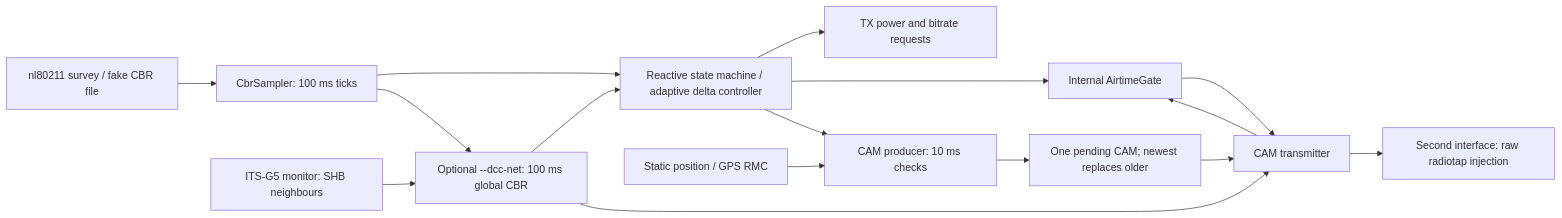
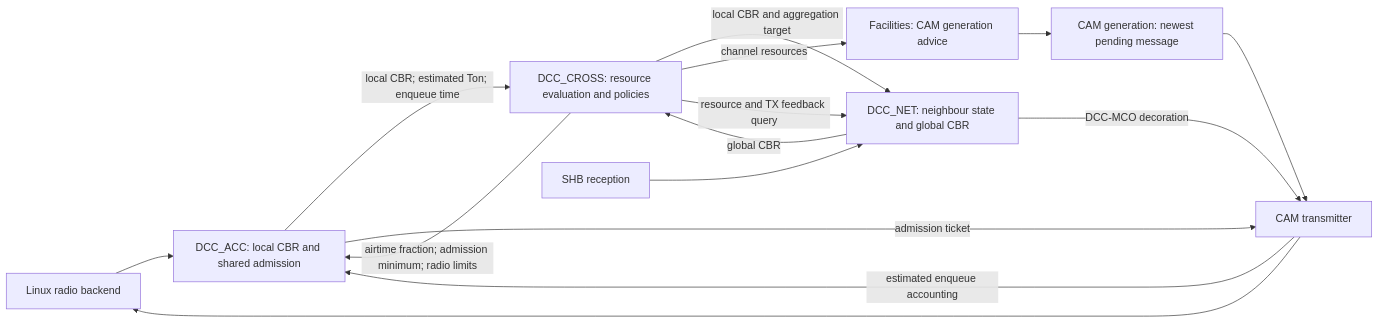
Before and after one commit to netlab-dief/DCC: the diagram in docs/architecture.md, drawn with Mermaid. The commit also changed other lines of this file and 26 other files, not shown here.

Commit message:
architettura ACC / NET / CROSS

````diff
--- a/docs/architecture.md
+++ b/docs/architecture.md
@@ -9,18 +10,17 @@
 ```mermaid
 flowchart LR
-    Survey["nl80211 survey / fake CBR file"] --> Sampler["CbrSampler: 100 ms ticks"]
-    Sampler --> Controller["Reactive state machine / adaptive delta controller"]
-    Sampler --> NET["Optional --dcc-net: 100 ms global CBR"]
-    RX["ITS-G5 monitor: SHB neighbours"] --> NET
-    NET --> Controller
-    NET --> TX
-    Controller --> RadioSettings["TX power and bitrate requests"]
-    Controller --> Gate["Internal AirtimeGate"]
-    Controller --> Generation["CAM producer: 10 ms checks"]
-    Source["Static position / GPS RMC"] --> Generation
-    Generation --> Latest["One pending CAM; newest replaces older"]
-    Latest --> TX["CAM transmitter"]
-    Gate --> TX
-    TX --> Radio["Second interface: raw radiotap injection"]
-    TX --> Gate
+    Radio["Linux radio backend"] --> ACC["DCC_ACC: local CBR and shared admission"]
+    ACC -->|"local CBR; estimated Ton; enqueue time"| CROSS["DCC_CROSS: resource evaluation and policies"]
+    CROSS -->|"airtime fraction; admission minimum; radio limits"| ACC
+    CROSS -->|"local CBR and aggregation target"| NET["DCC_NET: neighbour state and global CBR"]
+    RX["SHB reception"] --> NET
+    NET -->|"global CBR"| CROSS
+    CROSS -->|"channel resources"| FAC["Facilities: CAM generation advice"]
+    CROSS -->|"resource and TX feedback query"| NET
+    FAC --> CAM["CAM generation: newest pending message"]
+    CAM --> TX["CAM transmitter"]
+    ACC -->|"admission ticket"| TX
+    TX -->|"estimated enqueue accounting"| ACC
+    NET -->|"DCC-MCO decoration"| TX
+    TX --> Radio
 ```
````
